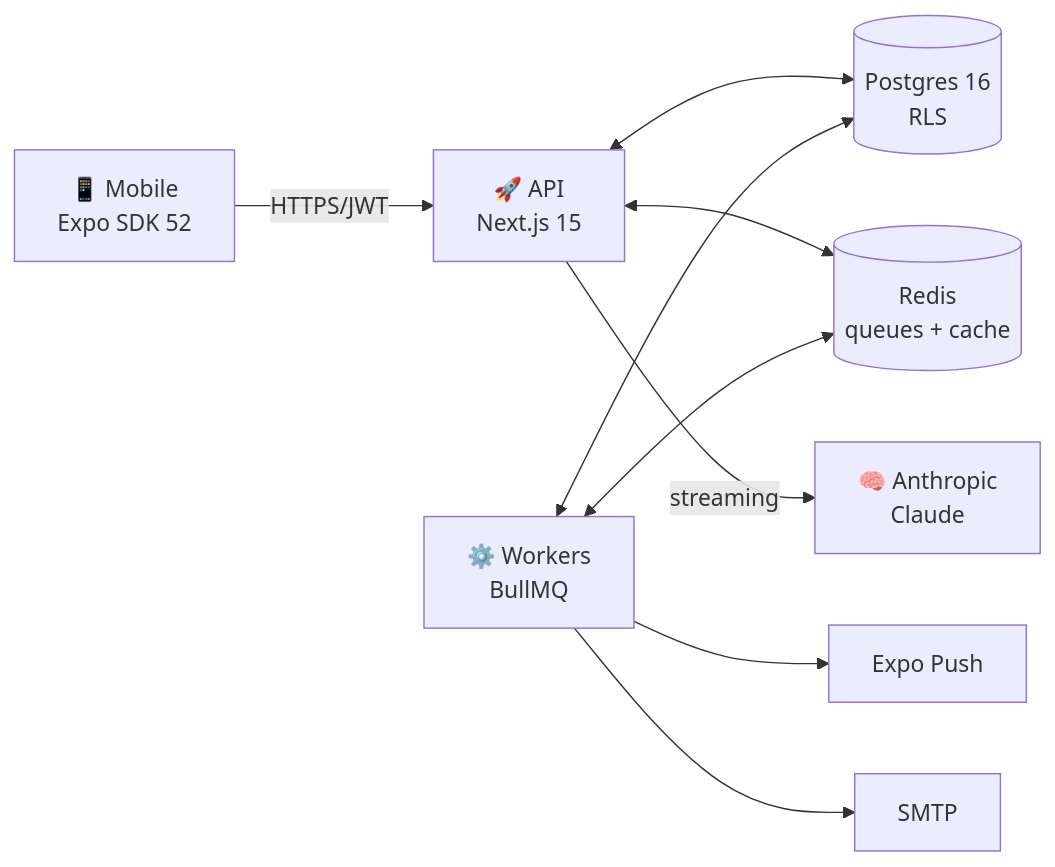
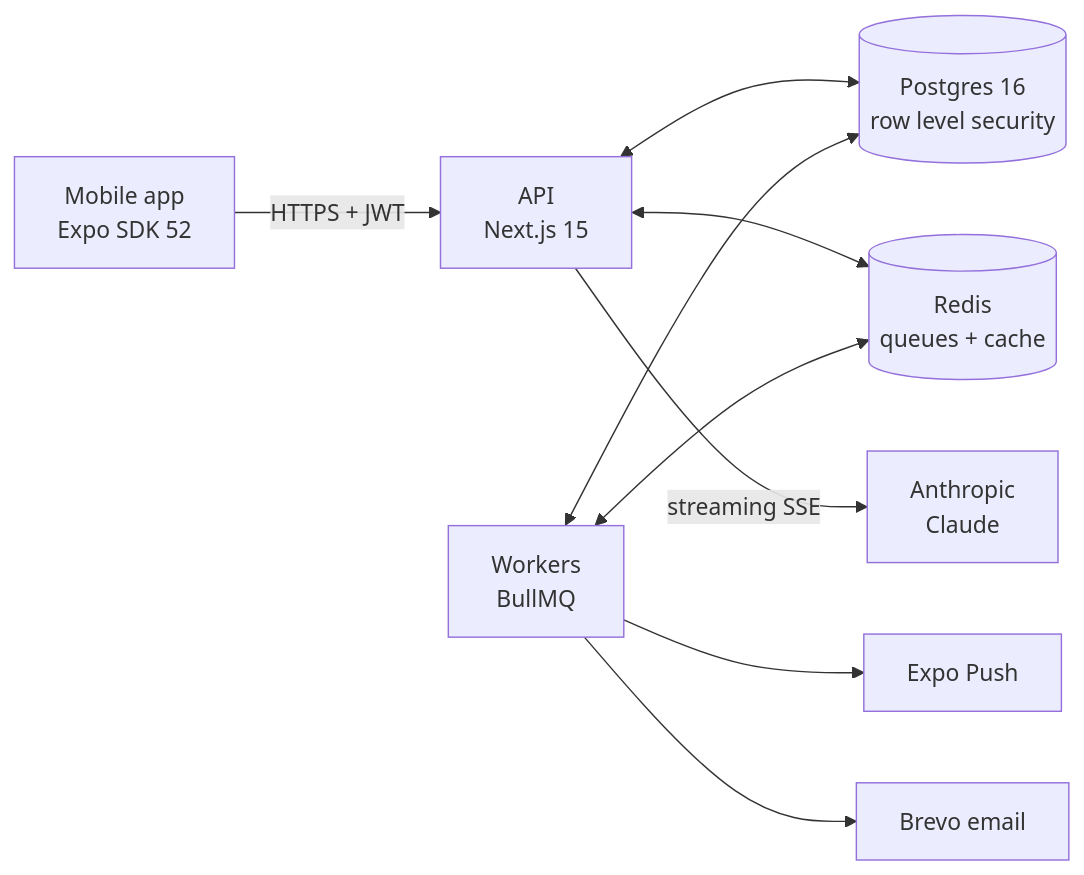
The diagram in README.md (saanvivishal/cyberscore), drawn with Mermaid before and after one commit. The commit also changed other lines of this file and 5 other files, not shown here.

````diff
--- a/README.md
+++ b/README.md
@@ -28,11 +32,11 @@
 ```mermaid
 flowchart LR
-  M[📱 Mobile<br/>Expo SDK 52] -- HTTPS/JWT --> A[🚀 API<br/>Next.js 15]
-  A <--> PG[(Postgres 16<br/>RLS)]
+  M[Mobile app<br/>Expo SDK 52] -- HTTPS + JWT --> A[API<br/>Next.js 15]
+  A <--> PG[(Postgres 16<br/>row level security)]
   A <--> R[(Redis<br/>queues + cache)]
-  W[⚙️ Workers<br/>BullMQ] <--> R
+  W[Workers<br/>BullMQ] <--> R
   W <--> PG
-  A -- streaming --> AI[🧠 Anthropic<br/>Claude]
+  A -- streaming SSE --> AI[Anthropic<br/>Claude]
   W --> EXPO[Expo Push]
-  W --> SMTP[SMTP]
+  W --> SMTP[Brevo email]
 ```
````
